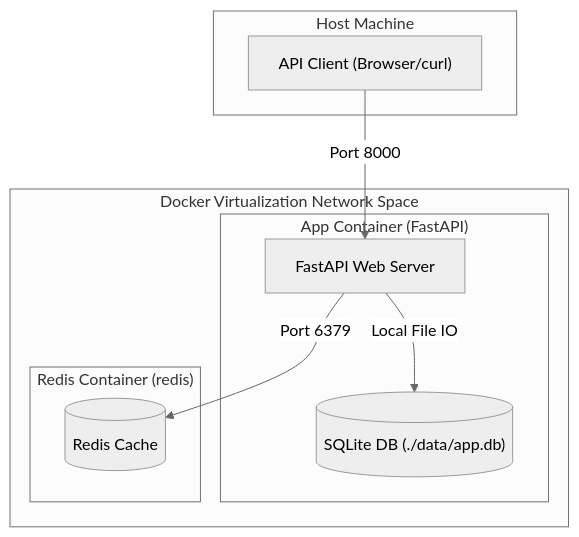
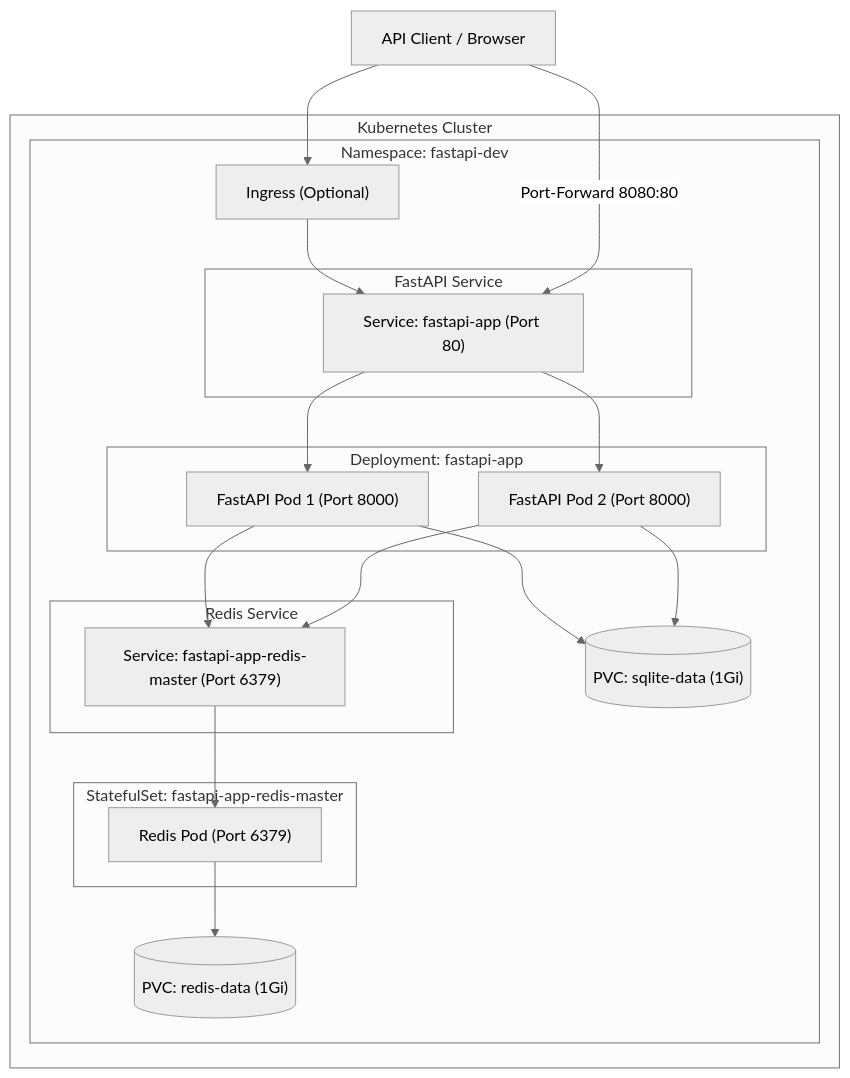
One commit to sany2k8/fastapi-sqlite-redis changed the diagram in README.md. Above: the diagram before and after it, drawn with Mermaid (neutral theme). The commit also changed other lines of this file, not shown here.

````diff
--- a/README.md
+++ b/README.md
@@ -18,21 +18,45 @@
 ```mermaid
-flowchart TD
-    subgraph Host ["Host Machine"]
-        Client["API Client (Browser/curl)"]
-    end
-
-    subgraph Docker ["Docker Virtualization Network Space"]
-        subgraph AppContainer ["App Container (FastAPI)"]
-            FastAPI["FastAPI Web Server"]
-            SQLite[("SQLite DB (./data/app.db)")]
-        end
-
-        subgraph RedisContainer ["Redis Container (redis)"]
-            Redis[("Redis Cache")]
+graph TD
+    subgraph Cluster ["Kubernetes Cluster"]
+        subgraph NS ["Namespace: fastapi-dev"]
+            Ingress["Ingress (Optional)"]
+            
+            subgraph FastAPI_Svc_Block ["FastAPI Service"]
+                SvcFastAPI["Service: fastapi-app (Port 80)"]
+            end
+            
+            subgraph FastAPI_Deploy ["Deployment: fastapi-app"]
+                Pod1["FastAPI Pod 1 (Port 8000)"]
+                Pod2["FastAPI Pod 2 (Port 8000)"]
+            end
+            
+            PVCFastAPI[("PVC: sqlite-data (1Gi)")]
+            
+            subgraph Redis_Svc_Block ["Redis Service"]
+                SvcRedis["Service: fastapi-app-redis-master (Port 6379)"]
+            end
+            
+            subgraph Redis_SS ["StatefulSet: fastapi-app-redis-master"]
+                PodRedis["Redis Pod (Port 6379)"]
+            end
+            
+            PVCRedis[("PVC: redis-data (1Gi)")]
         end
     end
 
-    Client -->|Port 8000| FastAPI
-    FastAPI -->|Local File IO| SQLite
-    FastAPI -->|Port 6379| Redis
+    Client["API Client / Browser"] --> Ingress
+    Ingress --> SvcFastAPI
+    Client -->|Port-Forward 8080:80| SvcFastAPI
+    
+    SvcFastAPI --> Pod1
+    SvcFastAPI --> Pod2
+    
+    Pod1 --> PVCFastAPI
+    Pod2 --> PVCFastAPI
+    
+    Pod1 --> SvcRedis
+    Pod2 --> SvcRedis
+    
+    SvcRedis --> PodRedis
+    PodRedis --> PVCRedis
 ```
````
